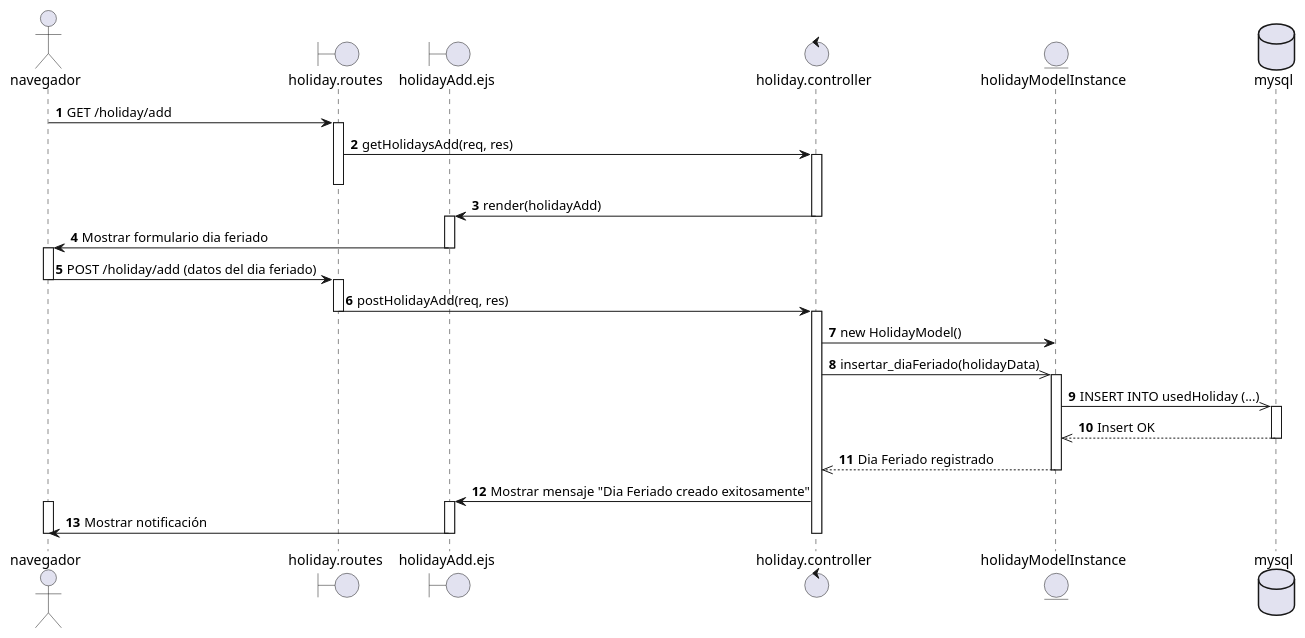
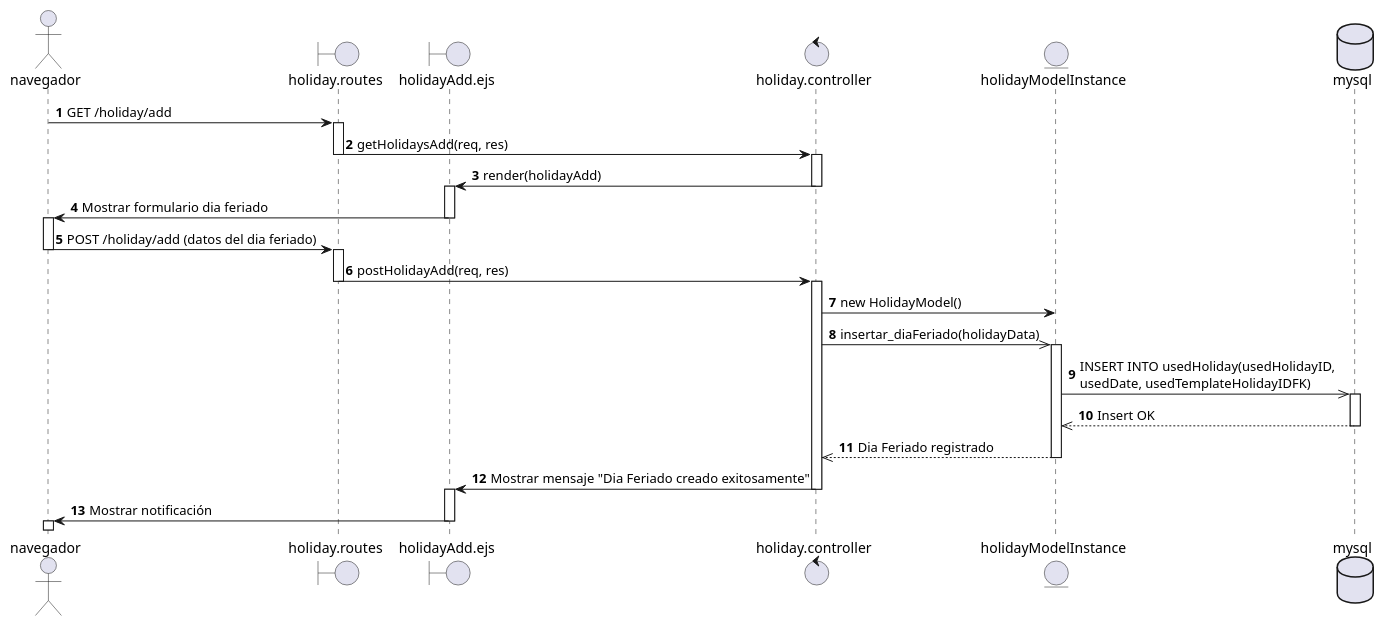
Before and after one commit to EdCanCe/WorkCells: the diagram in diagrams/Casos de Uso/CU Emilio/DS/CU07.puml, drawn with PlantUML. The commit also changed 1 other file, not shown here.

Commit message:
Se modifica formato de diagrama de secuencia

```diff
--- a/diagrams/Casos de Uso/CU Emilio/DS/CU07.puml
+++ b/diagrams/Casos de Uso/CU Emilio/DS/CU07.puml
@@ -1,53 +1,53 @@
 @startuml CU07 - Superadmin Registra dia feriado
 actor navegador
 boundary holiday.routes
 boundary holidayAdd.ejs
 control holiday.controller
 entity holidayModelInstance
 database mysql
 
 autonumber
 navegador -> holiday.routes : GET /holiday/add
 activate holiday.routes
 
 holiday.routes -> holiday.controller: getHolidaysAdd(req, res)
+deactivate holiday.routes
 activate holiday.controller
-deactivate holiday.routes
 
 holiday.controller -> holidayAdd.ejs: render(holidayAdd)
 deactivate holiday.controller
 activate holidayAdd.ejs
 
 holidayAdd.ejs -> navegador : Mostrar formulario dia feriado
 deactivate holidayAdd.ejs
 activate navegador
 
 navegador -> holiday.routes : POST /holiday/add (datos del dia feriado)
 deactivate navegador
 activate holiday.routes
 
 holiday.routes -> holiday.controller : postHolidayAdd(req, res)
 deactivate holiday.routes
 activate holiday.controller
 
 holiday.controller -> holidayModelInstance : new HolidayModel()
 
 holiday.controller ->> holidayModelInstance : insertar_diaFeriado(holidayData)
 activate holidayModelInstance
 
-holidayModelInstance ->> mysql : INSERT INTO usedHoliday (...)
+holidayModelInstance ->> mysql : INSERT INTO usedHoliday(usedHolidayID, \nusedDate, usedTemplateHolidayIDFK)
 activate mysql
 mysql -->> holidayModelInstance : Insert OK
 deactivate mysql
 holidayModelInstance -->> holiday.controller : Dia Feriado registrado
 deactivate holidayModelInstance
 
 holiday.controller -> holidayAdd.ejs : Mostrar mensaje "Dia Feriado creado exitosamente"
+deactivate holiday.controller
 activate holidayAdd.ejs
+holidayAdd.ejs -> navegador : Mostrar notificación
+deactivate holidayAdd.ejs
 activate navegador
-holidayAdd.ejs -> navegador : Mostrar notificación
 deactivate navegador
-deactivate holidayAdd.ejs
-deactivate holiday.controller
 deactivate holiday.routes
 @enduml
```
